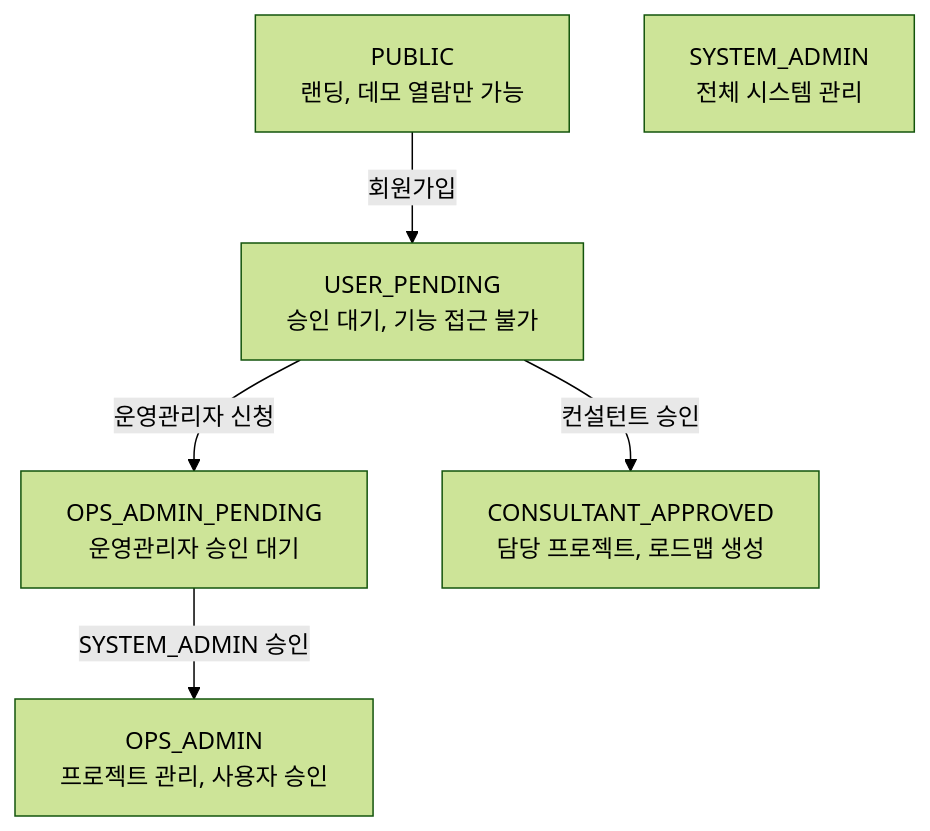
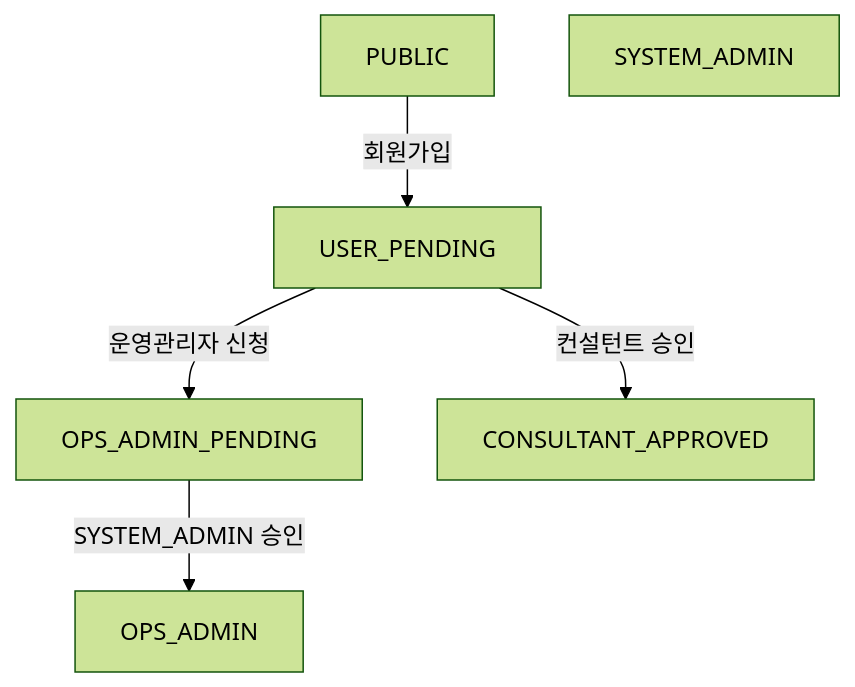
One commit to BaekKyunShin/KPC-AX-Roadmap-Dashboard changed the fifth of 6 diagrams in README.md. Above: the diagram before and after it, drawn with Mermaid (forest theme). The commit also changed other lines of this file, not shown here.

First line of the commit message:
fix: Mermaid 다이어그램 렌더링 문제 수정

````diff
--- a/README.md
+++ b/README.md
@@ -396,9 +396,8 @@
 ```mermaid
 flowchart TD
-    PUBLIC["PUBLIC\n랜딩, 데모 열람만 가능"]
-    PUBLIC -- "회원가입" --> PENDING["USER_PENDING\n승인 대기, 기능 접근 불가"]
-    PENDING -- "운영관리자 신청" --> OPS_PENDING["OPS_ADMIN_PENDING\n운영관리자 승인 대기"]
-    OPS_PENDING -- "SYSTEM_ADMIN 승인" --> OPS["OPS_ADMIN\n프로젝트 관리, 사용자 승인"]
-    PENDING -- "컨설턴트 승인" --> CONSULTANT["CONSULTANT_APPROVED\n담당 프로젝트, 로드맵 생성"]
-    SYSTEM["SYSTEM_ADMIN\n전체 시스템 관리"]
+    PUBLIC["PUBLIC"] -- "회원가입" --> PENDING["USER_PENDING"]
+    PENDING -- "운영관리자 신청" --> OPS_PENDING["OPS_ADMIN_PENDING"]
+    OPS_PENDING -- "SYSTEM_ADMIN 승인" --> OPS["OPS_ADMIN"]
+    PENDING -- "컨설턴트 승인" --> CONSULTANT["CONSULTANT_APPROVED"]
+    SYSTEM["SYSTEM_ADMIN"]
 ```
````
